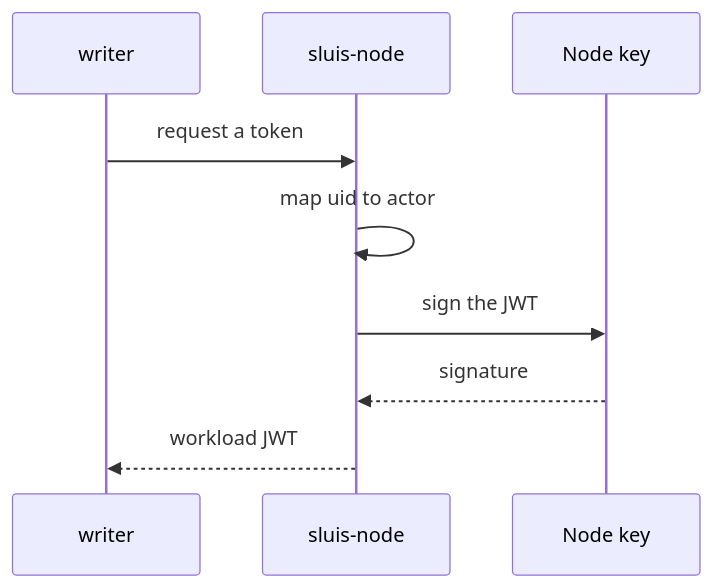
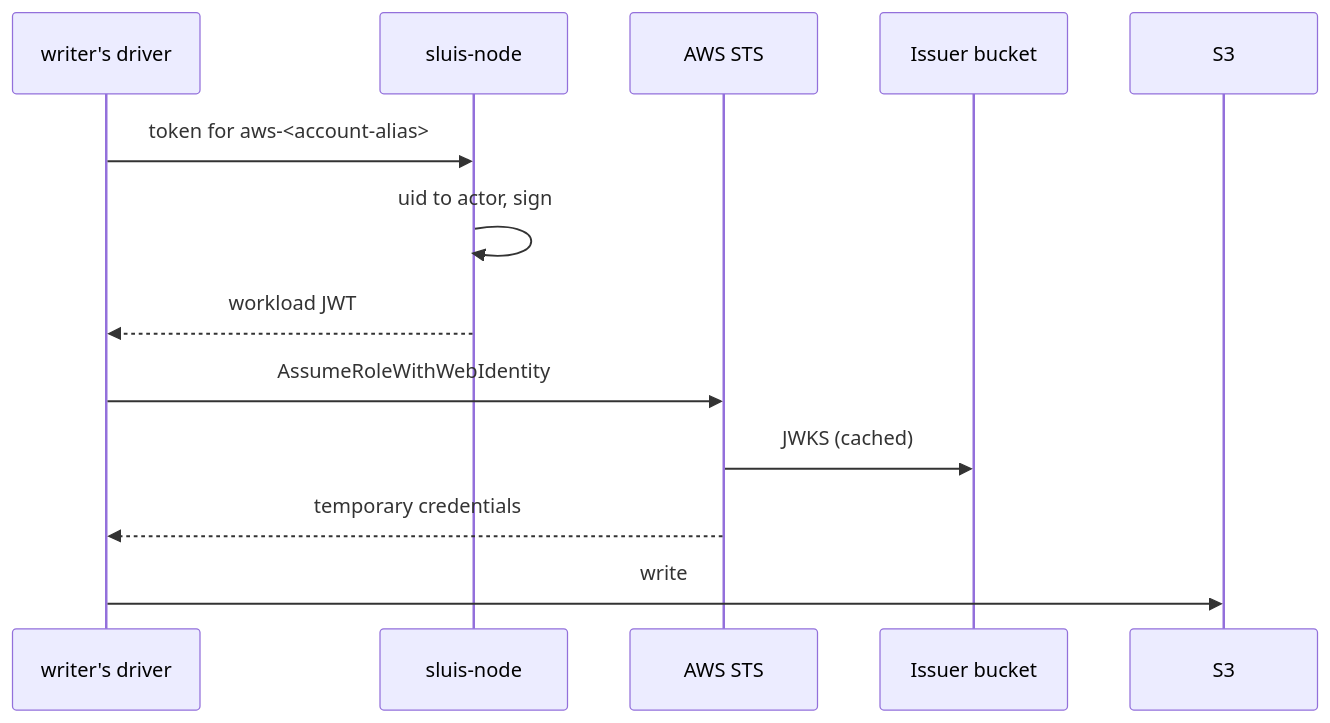
One commit to truvity/sluis changed the first of 2 diagrams in docs/concepts/identity.md. Above: the diagram before and after it, drawn with Mermaid. The commit also changed other lines of this file and 118 other files, not shown here.

````diff
--- a/docs/concepts/identity.md
+++ b/docs/concepts/identity.md
@@ -60,11 +87,15 @@
 ```mermaid
 sequenceDiagram
-  participant D as writer
+  participant D as writer's driver
   participant N as sluis-node
-  participant K as Node key
-  D->>N: request a token
-  N->>N: map uid to actor
-  N->>K: sign the JWT
-  K-->>N: signature
+  participant S as AWS STS
+  participant B as Issuer bucket
+  participant A as S3
+  D->>N: token for aws-<account-alias>
+  N->>N: uid to actor, sign
   N-->>D: workload JWT
+  D->>S: AssumeRoleWithWebIdentity
+  S->>B: JWKS (cached)
+  S-->>D: temporary credentials
+  D->>A: write
 ```
````
